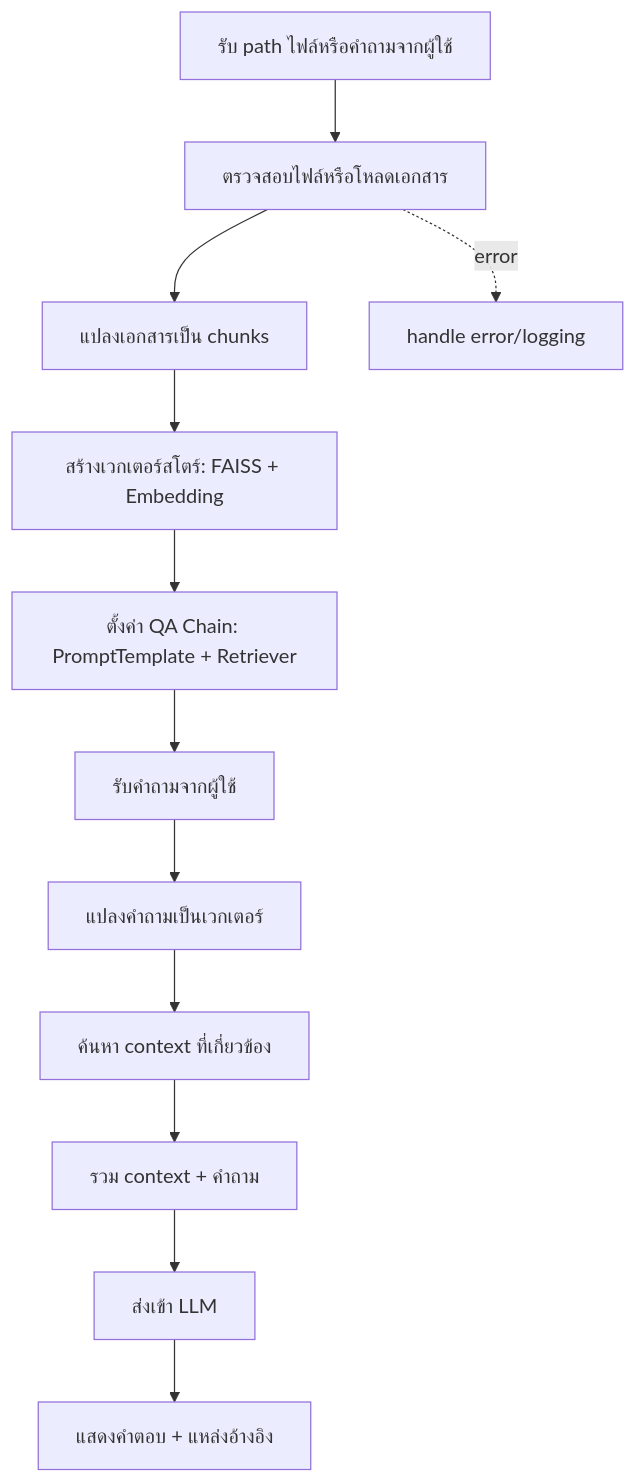
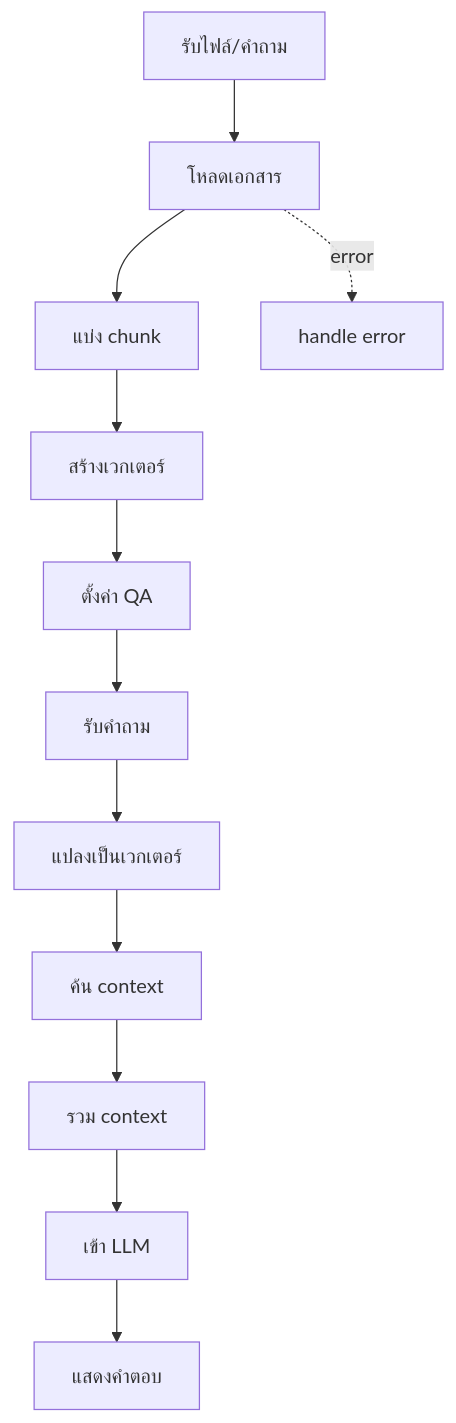
Before and after one commit to JonusNattapong/LangChainOllama: the second of 16 diagrams in README.md, drawn with Mermaid. The commit also changed other lines of this file, not shown here.

Commit message:
refactor: Simplify and clarify flow diagrams in README for better readability

````diff
--- a/README.md
+++ b/README.md
@@ -293,14 +293,14 @@
 ```mermaid
 graph TD
-    A[รับ path ไฟล์หรือคำถามจากผู้ใช้] --> B[ตรวจสอบไฟล์หรือโหลดเอกสาร]
-    B --> C[แปลงเอกสารเป็น chunks]
-    C --> D[สร้างเวกเตอร์สโตร์: FAISS + Embedding]
-    D --> E[ตั้งค่า QA Chain: PromptTemplate + Retriever]
-    E --> F[รับคำถามจากผู้ใช้]
-    F --> G[แปลงคำถามเป็นเวกเตอร์]
-    G --> H[ค้นหา context ที่เกี่ยวข้อง]
-    H --> I[รวม context + คำถาม]
-    I --> J[ส่งเข้า LLM]
-    J --> K[แสดงคำตอบ + แหล่งอ้างอิง]
-    B -. error .-> L[handle error/logging]
+    A[รับไฟล์/คำถาม] --> B[โหลดเอกสาร]
+    B --> C[แบ่ง chunk]
+    C --> D[สร้างเวกเตอร์]
+    D --> E[ตั้งค่า QA]
+    E --> F[รับคำถาม]
+    F --> G[แปลงเป็นเวกเตอร์]
+    G --> H[ค้น context]
+    H --> I[รวม context]
+    I --> J[เข้า LLM]
+    J --> K[แสดงคำตอบ]
+    B -. error .-> L[handle error]
 ```
````
